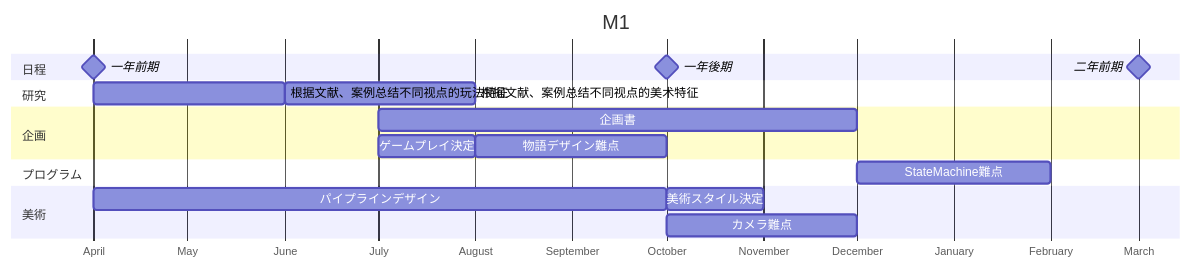
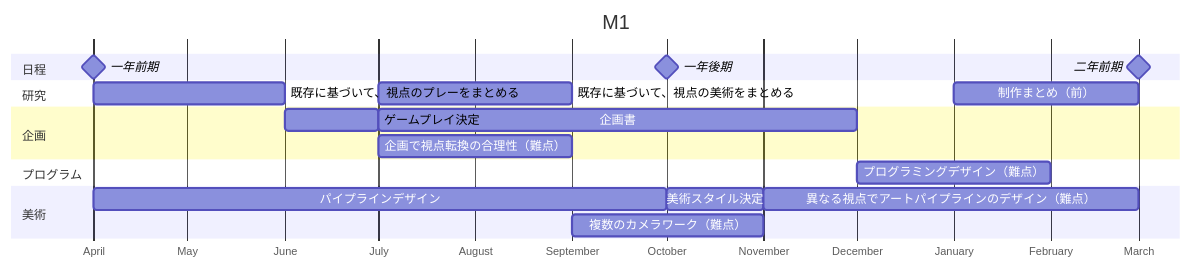
Before and after one commit to Kairitsuhou/digitalgarden: the second of 3 diagrams in src/site/notes/900.Publish/デジタルゲームにおける「視覚空間」デザイン研究：＜多视点＞の表現技法を中心に.md, drawn with Mermaid. The commit also changed other lines of this file, not shown here.

````diff
--- a/src/site/notes/900.Publish/デジタルゲームにおける「視覚空間」デザイン研究：＜多视点＞の表現技法を中心に.md
+++ b/src/site/notes/900.Publish/デジタルゲームにおける「視覚空間」デザイン研究：＜多视点＞の表現技法を中心に.md
@@ -102,31 +117,33 @@
 ```mermaid
 ---
 displayMode: compact 
 ---
 gantt
 	title M1
     dateFormat YYYY-MM
     axisFormat %B
 	
 	section 日程
 	一年前期:milestone,2025-04,0d
 	一年後期:milestone,2025-10,0d
 	二年前期:milestone,2026-03,0d
 	
 	section 研究
-	根据文献、案例总结不同视点的玩法特征:k1,2025-04,2M
-	根据文献、案例总结不同视点的美术特征:k2,after k1,2M
+	既存に基づいて、視点のプレーをまとめる:a1,2025-04,2M
+	既存に基づいて、視点の美術をまとめる:a2,2025-07,2M
+	制作まとめ（前）:a3,2026-01,2M
 	
 	section 企画
-	企画書:s1,2025-07,5M
-	ゲームプレイ決定:s2,2025-07,1M
-	物語デザイン難点:s3,after s2,2M
+	企画書:k1,2025-07,5M
+	ゲームプレイ決定:k2,2025-06,1M
+	企画で視点転換の合理性（難点）:k3,after k2,2M
 	
 	section プログラム
-	StateMachine難点:s4,2025-12,2M
+	プログラミングデザイン（難点）:p1,2025-12,2M
 	
 	section 美術
-	パイプラインデザイン:s5,2025-04,6M
-	美術スタイル決定:s6,2025-10,1M
-	カメラ難点:s7,after s3,2M
+	パイプラインデザイン:b1,2025-04,6M
+	美術スタイル決定:b2,2025-10,1M
+	複数のカメラワーク（難点）:b3,after k3,2M
+	異なる視点でアートパイプラインのデザイン（難点）:s8,after b3,4M
 ```
````
